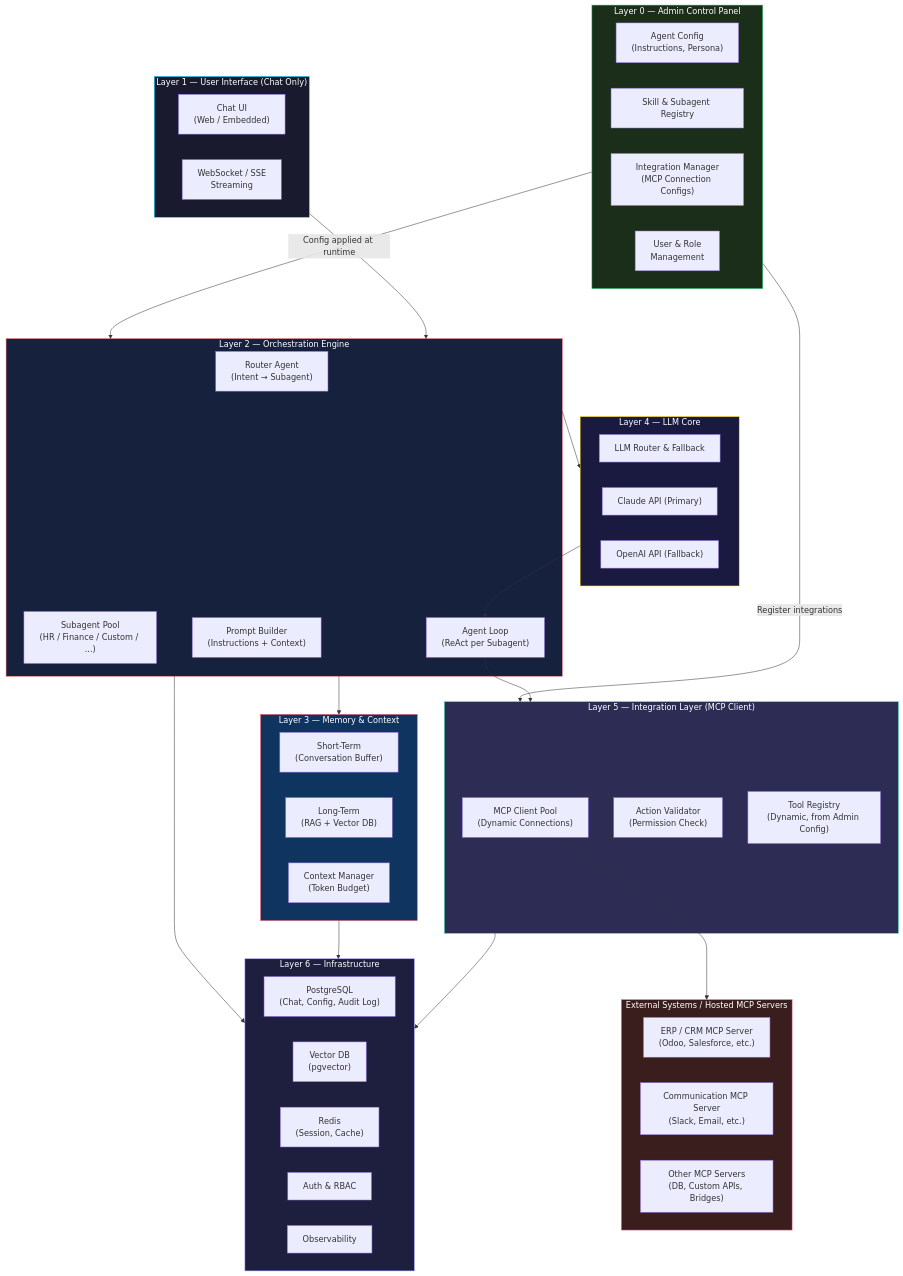
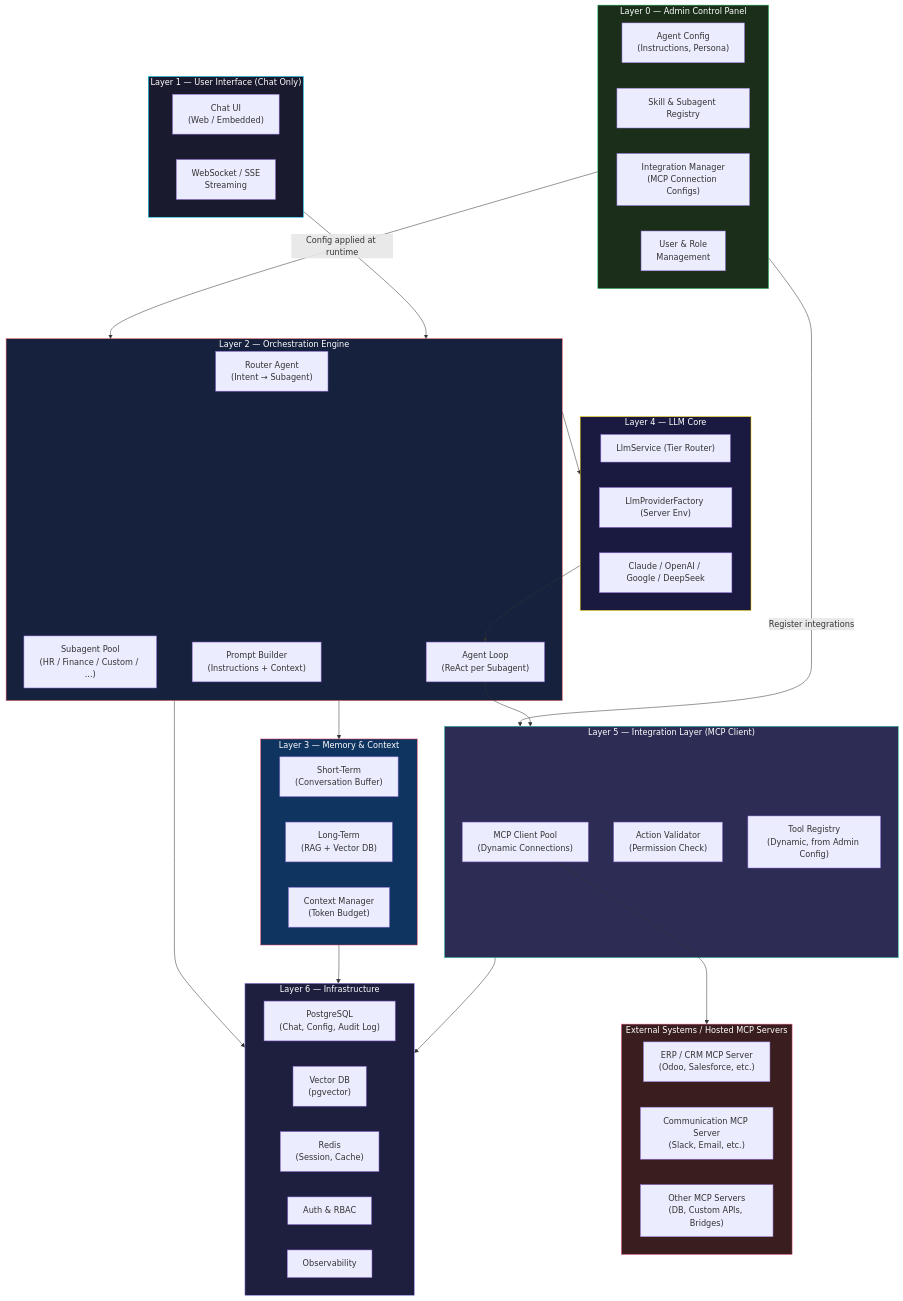
Before and after one commit to vietnv5/agentx: the first of 8 diagrams in docs/architecture/architecture-overview.md, drawn with Mermaid. The commit also changed other lines of this file and 2 other files, not shown here.

````diff
--- a/docs/architecture/architecture-overview.md
+++ b/docs/architecture/architecture-overview.md
@@ -29,74 +29,74 @@
 ```mermaid
 graph TB
     subgraph L0["Layer 0 — Admin Control Panel"]
         AC["Agent Config<br/>(Instructions, Persona)"]
         SR["Skill & Subagent Registry"]
         IM["Integration Manager<br/>(MCP Connection Configs)"]
         UM["User & Role<br/>Management"]
     end
 
     subgraph L1["Layer 1 — User Interface (Chat Only)"]
         CHAT["Chat UI<br/>(Web / Embedded)"]
         WS["WebSocket / SSE<br/>Streaming"]
     end
 
     subgraph L2["Layer 2 — Orchestration Engine"]
         RA["Router Agent<br/>(Intent → Subagent)"]
         SA["Subagent Pool<br/>(HR / Finance / Custom / ...)"]
         AL["Agent Loop<br/>(ReAct per Subagent)"]
         PB["Prompt Builder<br/>(Instructions + Context)"]
     end
 
     subgraph L3["Layer 3 — Memory & Context"]
         STM["Short-Term<br/>(Conversation Buffer)"]
         LTM["Long-Term<br/>(RAG + Vector DB)"]
         CM["Context Manager<br/>(Token Budget)"]
     end
 
     subgraph L4["Layer 4 — LLM Core"]
-        LLM_R["LLM Router & Fallback"]
-        CLAUDE["Claude API (Primary)"]
-        OPENAI["OpenAI API (Fallback)"]
+        LLM_S["LlmService (Tier Router)"]
+        LLM_F["LlmProviderFactory (Server Env)"]
+        PROVIDERS["Claude / OpenAI / Google / DeepSeek"]
     end
 
     subgraph L5["Layer 5 — Integration Layer (MCP Client)"]
         MC["MCP Client Pool<br/>(Dynamic Connections)"]
         AV["Action Validator<br/>(Permission Check)"]
         TR["Tool Registry<br/>(Dynamic, from Admin Config)"]
     end
 
     subgraph L6["Layer 6 — Infrastructure"]
         PG["PostgreSQL<br/>(Chat, Config, Audit Log)"]
         VDB["Vector DB<br/>(pgvector)"]
         REDIS["Redis<br/>(Session, Cache)"]
         AUTH["Auth & RBAC"]
         OBS["Observability"]
     end
 
     subgraph EXT["External Systems / Hosted MCP Servers"]
         MCP_ERP["ERP / CRM MCP Server<br/>(Odoo, Salesforce, etc.)"]
         MCP_COMM["Communication MCP Server<br/>(Slack, Email, etc.)"]
         MCP_OTHER["Other MCP Servers<br/>(DB, Custom APIs, Bridges)"]
     end
 
     L0 -- "Config applied at runtime" --> L2
     L0 -- "Register integrations" --> L5
     L1 --> L2
     L2 --> L3
     L2 --> L4
     L4 --> AL
     AL --> L5
     MC --> EXT
     L2 --> L6
     L3 --> L6
     L5 --> L6
 
     style L0 fill:#1a2e1a,stroke:#2ecc71,color:#fff
     style L1 fill:#1a1a2e,stroke:#00d4ff,color:#fff
     style L2 fill:#16213e,stroke:#ff6b6b,color:#fff
     style L3 fill:#0f3460,stroke:#e94560,color:#fff
     style L4 fill:#1a1a40,stroke:#ffd700,color:#fff
     style L5 fill:#2c2c54,stroke:#33d9b2,color:#fff
     style L6 fill:#1e1e3f,stroke:#a29bfe,color:#fff
     style EXT fill:#3a1e1e,stroke:#fd79a8,color:#fff
 ```
````
